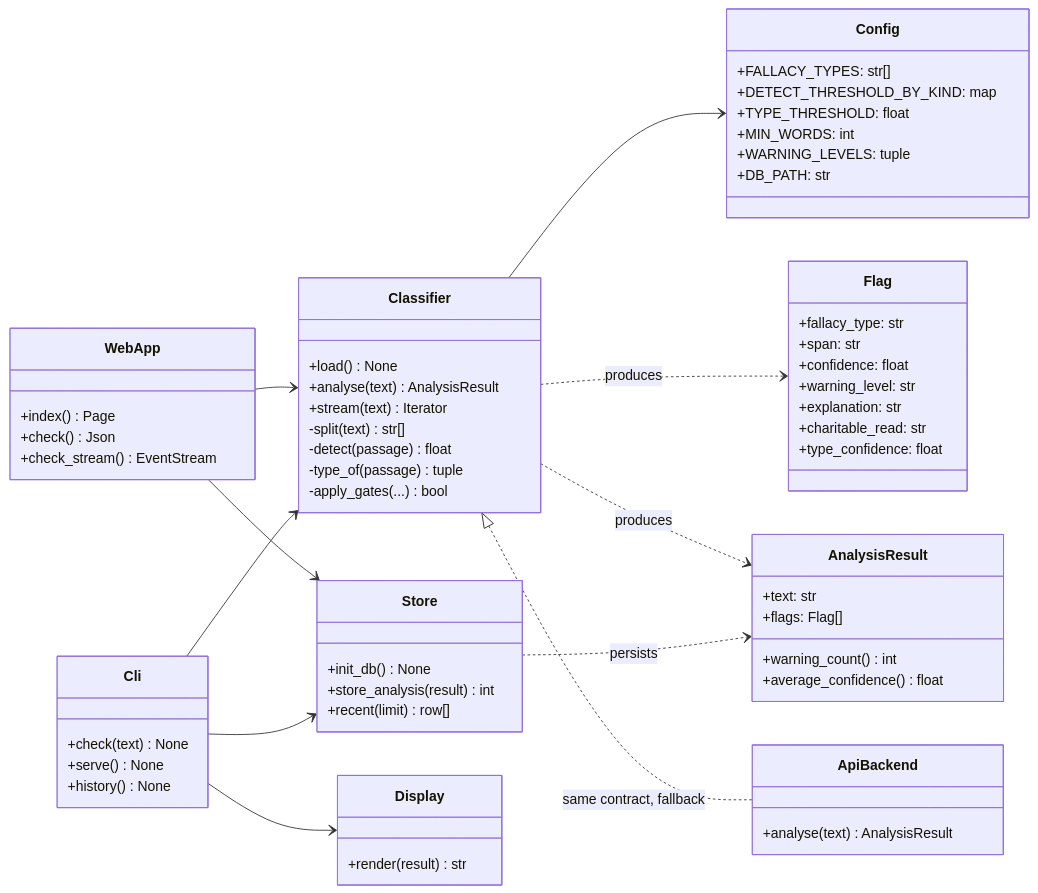
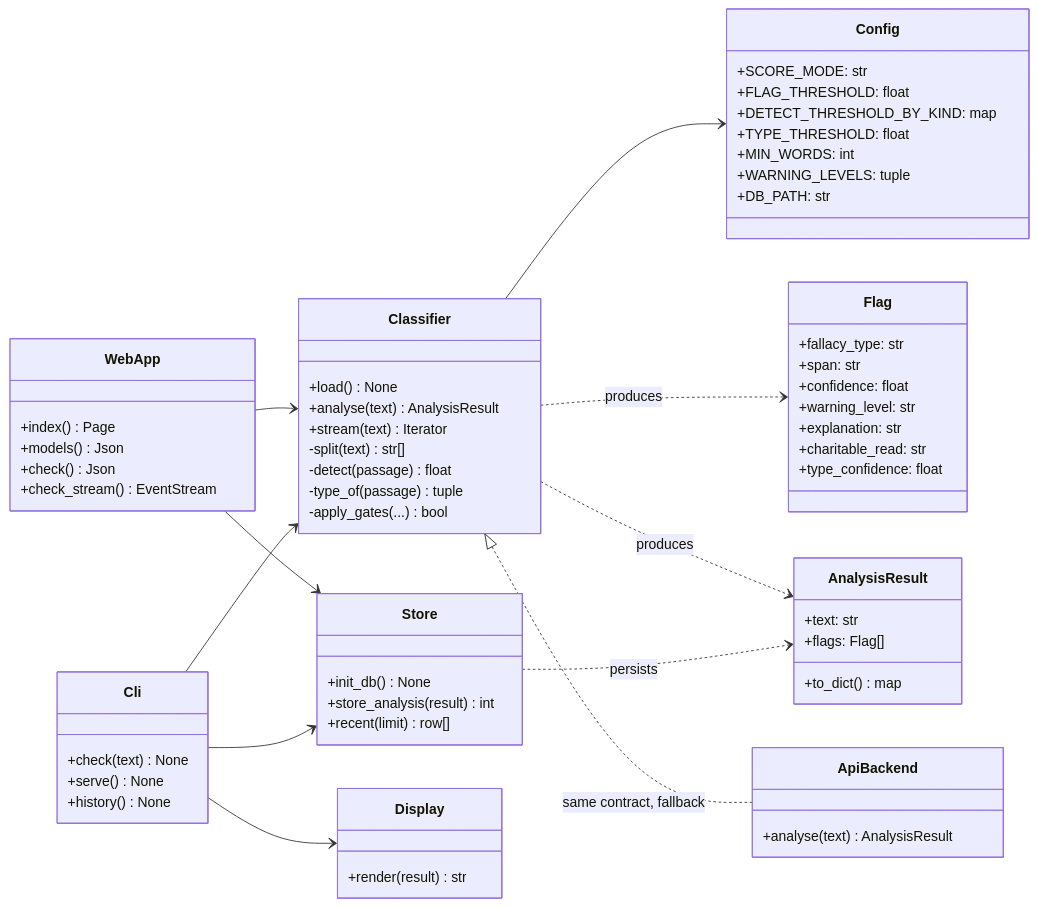
One commit to MoAbboud/PortFolio changed the fourth of 6 diagrams in fallacysuspect/requirements/03-architecture.md. Above: the diagram before and after it, drawn with Mermaid. The commit also changed other lines of this file and 6 other files, not shown here.

````diff
--- a/fallacysuspect/requirements/03-architecture.md
+++ b/fallacysuspect/requirements/03-architecture.md
@@ -116,77 +145,78 @@
 ```mermaid
 classDiagram
     direction LR
 
     class Flag {
         +fallacy_type: str
         +span: str
         +confidence: float
         +warning_level: str
         +explanation: str
         +charitable_read: str
         +type_confidence: float
     }
 
     class AnalysisResult {
         +text: str
         +flags: Flag[]
-        +warning_count() int
-        +average_confidence() float
+        +to_dict() map
     }
 
     class Config {
-        +FALLACY_TYPES: str[]
+        +SCORE_MODE: str
+        +FLAG_THRESHOLD: float
         +DETECT_THRESHOLD_BY_KIND: map
         +TYPE_THRESHOLD: float
         +MIN_WORDS: int
         +WARNING_LEVELS: tuple
         +DB_PATH: str
     }
 
     class Classifier {
         +load() None
         +analyse(text) AnalysisResult
         +stream(text) Iterator
         -split(text) str[]
         -detect(passage) float
         -type_of(passage) tuple
         -apply_gates(...) bool
     }
 
     class Store {
         +init_db() None
         +store_analysis(result) int
         +recent(limit) row[]
     }
 
     class WebApp {
         +index() Page
+        +models() Json
         +check() Json
         +check_stream() EventStream
     }
 
     class Cli {
         +check(text) None
         +serve() None
         +history() None
     }
 
     class Display {
         +render(result) str
     }
 
     class ApiBackend {
         +analyse(text) AnalysisResult
     }
 
     WebApp --> Classifier
     WebApp --> Store
     Cli --> Classifier
     Cli --> Store
     Cli --> Display
     Classifier --> Config
     Classifier ..> Flag : produces
     Classifier ..> AnalysisResult : produces
     Store ..> AnalysisResult : persists
     Classifier <|.. ApiBackend : same contract, fallback
 ```
````
